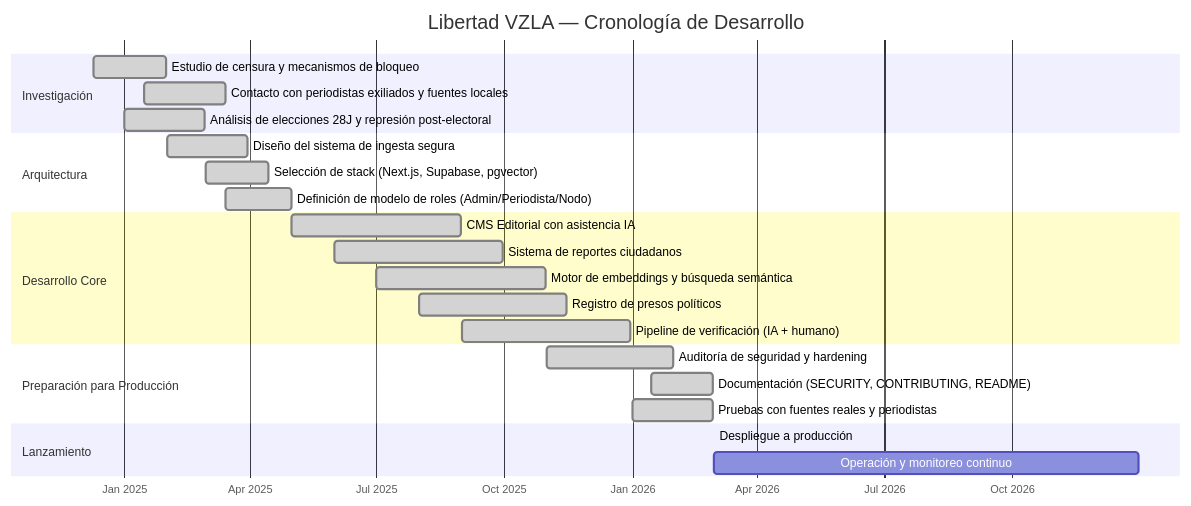
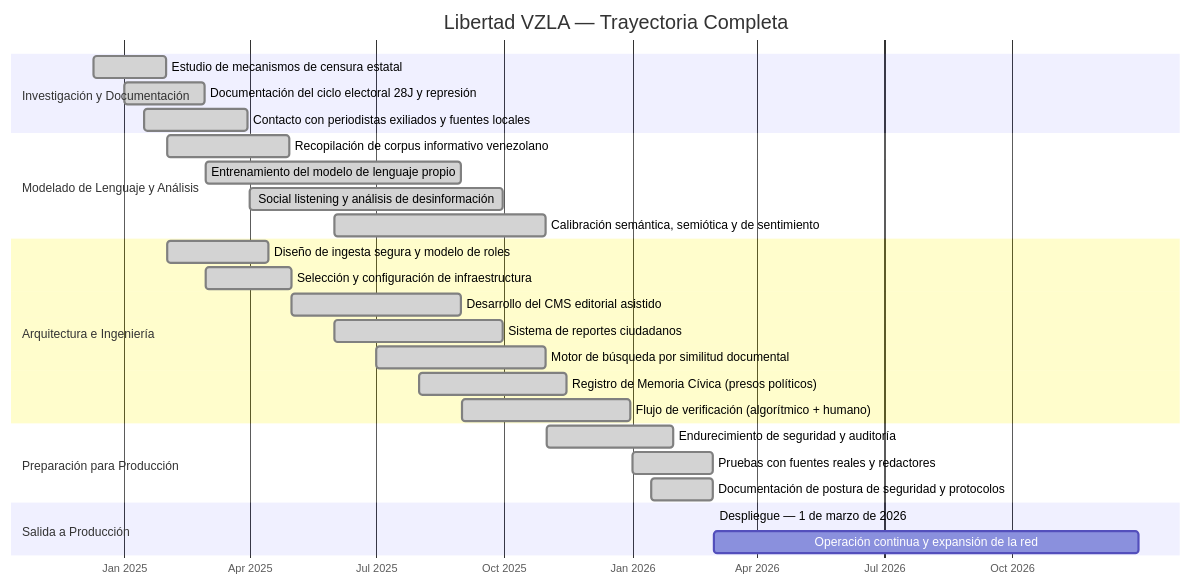
The first of 2 diagrams in README.md (LuisSambrano/libertad-showcase), drawn with Mermaid before and after one commit. The commit also changed other lines of this file, not shown here.

Commit message:
docs: humanized voice, obscured stack, expanded prisoner registry, proprietary LLM narrative

````diff
--- a/README.md
+++ b/README.md
@@ -74,32 +80,35 @@
 ```mermaid
 gantt
-    title Libertad VZLA — Cronología de Desarrollo
+    title Libertad VZLA — Trayectoria Completa
     dateFormat YYYY-MM-DD
     axisFormat %b %Y
 
-    section Investigación
-    Estudio de censura y mecanismos de bloqueo          :done,    r1, 2024-12-10, 2025-01-31
-    Contacto con periodistas exiliados y fuentes locales :done,    r2, 2025-01-15, 2025-03-15
-    Análisis de elecciones 28J y represión post-electoral :done,   r3, 2025-01-01, 2025-02-28
+    section Investigación y Documentación
+    Estudio de mecanismos de censura estatal               :done,    r1, 2024-12-10, 2025-01-31
+    Documentación del ciclo electoral 28J y represión      :done,    r2, 2025-01-01, 2025-02-28
+    Contacto con periodistas exiliados y fuentes locales   :done,    r3, 2025-01-15, 2025-03-31
 
-    section Arquitectura
-    Diseño del sistema de ingesta segura                :done,    a1, 2025-02-01, 2025-03-31
-    Selección de stack (Next.js, Supabase, pgvector)    :done,    a2, 2025-03-01, 2025-04-15
-    Definición de modelo de roles (Admin/Periodista/Nodo) :done,  a3, 2025-03-15, 2025-05-01
+    section Modelado de Lenguaje y Análisis
+    Recopilación de corpus informativo venezolano          :done,    m1, 2025-02-01, 2025-04-30
+    Entrenamiento del modelo de lenguaje propio            :done,    m2, 2025-03-01, 2025-08-31
+    Social listening y análisis de desinformación          :done,    m3, 2025-04-01, 2025-09-30
+    Calibración semántica, semiótica y de sentimiento      :done,    m4, 2025-06-01, 2025-10-31
 
-    section Desarrollo Core
-    CMS Editorial con asistencia IA                     :done,    d1, 2025-05-01, 2025-08-31
-    Sistema de reportes ciudadanos                      :done,    d2, 2025-06-01, 2025-09-30
-    Motor de embeddings y búsqueda semántica            :done,    d3, 2025-07-01, 2025-10-31
-    Registro de presos políticos                        :done,    d4, 2025-08-01, 2025-11-15
-    Pipeline de verificación (IA + humano)              :done,    d5, 2025-09-01, 2025-12-31
+    section Arquitectura e Ingeniería
+    Diseño de ingesta segura y modelo de roles             :done,    a1, 2025-02-01, 2025-04-15
+    Selección y configuración de infraestructura           :done,    a2, 2025-03-01, 2025-05-01
+    Desarrollo del CMS editorial asistido                  :done,    d1, 2025-05-01, 2025-08-31
+    Sistema de reportes ciudadanos                         :done,    d2, 2025-06-01, 2025-09-30
+    Motor de búsqueda por similitud documental             :done,    d3, 2025-07-01, 2025-10-31
+    Registro de Memoria Cívica (presos políticos)          :done,    d4, 2025-08-01, 2025-11-15
+    Flujo de verificación (algorítmico + humano)           :done,    d5, 2025-09-01, 2025-12-31
 
     section Preparación para Producción
-    Auditoría de seguridad y hardening                  :done,    p1, 2025-11-01, 2026-01-31
-    Documentación (SECURITY, CONTRIBUTING, README)      :done,    p2, 2026-01-15, 2026-02-28
-    Pruebas con fuentes reales y periodistas            :done,    p3, 2026-01-01, 2026-02-28
+    Endurecimiento de seguridad y auditoría                :done,    p1, 2025-11-01, 2026-01-31
+    Pruebas con fuentes reales y redactores                :done,    p2, 2026-01-01, 2026-02-28
+    Documentación de postura de seguridad y protocolos     :done,    p3, 2026-01-15, 2026-02-28
 
-    section Lanzamiento
-    Despliegue a producción                             :active,  l1, 2026-03-01, 2026-03-01
-    Operación y monitoreo continuo                      :         l2, 2026-03-01, 2026-12-31
+    section Salida a Producción
+    Despliegue — 1 de marzo de 2026                        :active,  l1, 2026-03-01, 2026-03-01
+    Operación continua y expansión de la red               :         l2, 2026-03-01, 2026-12-31
 ```
````
